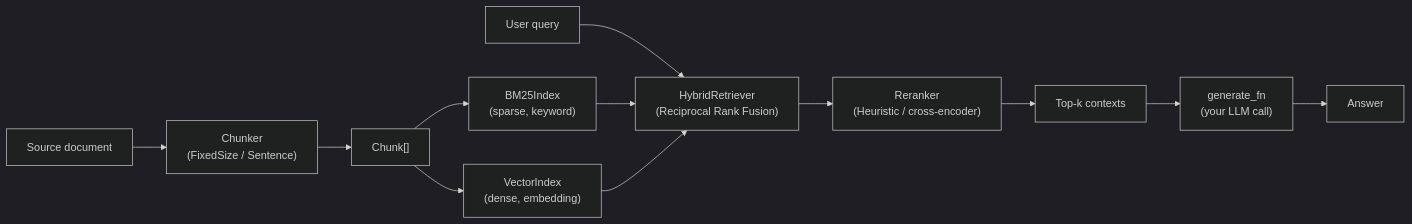
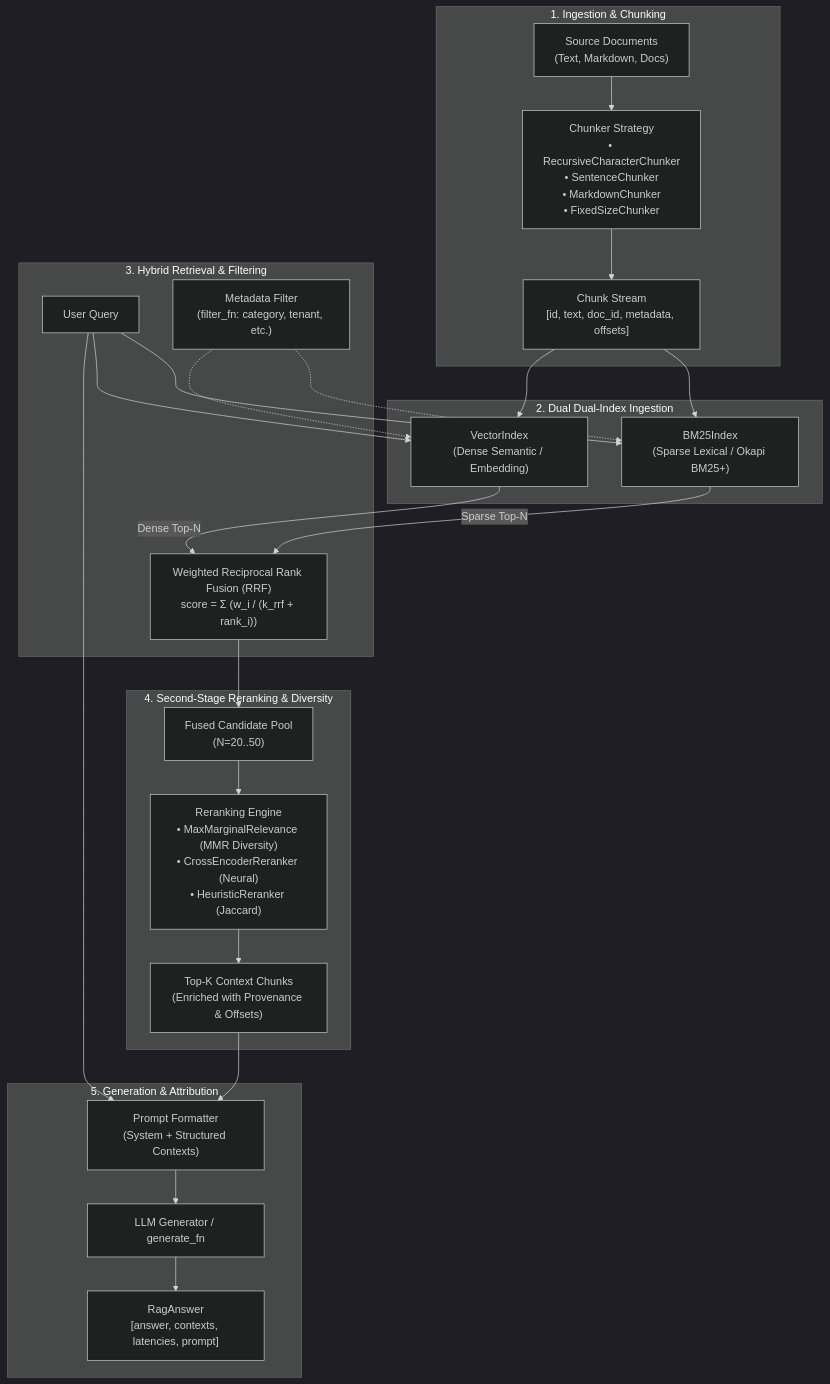
Before and after one commit to fragompul/ragforge: the first of 2 diagrams in docs/architecture.md, drawn with Mermaid (dark theme). The commit also changed other lines of this file and 3 other files, not shown here.

Commit message:
docs: overhaul readme and architecture guide with portfolio presentation and ci matrix

````diff
--- a/docs/architecture.md
+++ b/docs/architecture.md
@@ -5,15 +9,44 @@
 ```mermaid
-flowchart LR
-    Doc["Source document"] --> Chunker["Chunker\n(FixedSize / Sentence)"]
-    Chunker --> Chunks["Chunk[]"]
-    Chunks --> BM25["BM25Index\n(sparse, keyword)"]
-    Chunks --> Vector["VectorIndex\n(dense, embedding)"]
+flowchart TD
+    subgraph Ingestion["1. Ingestion & Chunking"]
+        RawDocs["Source Documents\n(Text, Markdown, Docs)"]
+        Chunker["Chunker Strategy\n• RecursiveCharacterChunker\n• SentenceChunker\n• MarkdownChunker\n• FixedSizeChunker"]
+        Chunks["Chunk Stream\n[id, text, doc_id, metadata, offsets]"]
+        RawDocs --> Chunker --> Chunks
+    end
 
-    Query["User query"] --> Hybrid["HybridRetriever\n(Reciprocal Rank Fusion)"]
-    BM25 --> Hybrid
-    Vector --> Hybrid
-    Hybrid --> Rerank["Reranker\n(Heuristic / cross-encoder)"]
-    Rerank --> Contexts["Top-k contexts"]
-    Contexts --> Generate["generate_fn\n(your LLM call)"]
-    Generate --> Answer["Answer"]
+    subgraph Indexing["2. Dual Dual-Index Ingestion"]
+        BM25["BM25Index\n(Sparse Lexical / Okapi BM25+)"]
+        Vector["VectorIndex\n(Dense Semantic / Embedding)"]
+        Chunks --> BM25
+        Chunks --> Vector
+    end
+
+    subgraph Retrieval["3. Hybrid Retrieval & Filtering"]
+        Query["User Query"]
+        Filter["Metadata Filter\n(filter_fn: category, tenant, etc.)"]
+        RRF["Weighted Reciprocal Rank Fusion (RRF)\nscore = Σ (w_i / (k_rrf + rank_i))"]
+        Query --> BM25
+        Query --> Vector
+        Filter -.-> BM25
+        Filter -.-> Vector
+        BM25 -->|Sparse Top-N| RRF
+        Vector -->|Dense Top-N| RRF
+    end
+
+    subgraph Reranking["4. Second-Stage Reranking & Diversity"]
+        Candidates["Fused Candidate Pool\n(N=20..50)"]
+        Reranker["Reranking Engine\n• MaxMarginalRelevance (MMR Diversity)\n• CrossEncoderReranker (Neural)\n• HeuristicReranker (Jaccard)"]
+        TopK["Top-K Context Chunks\n(Enriched with Provenance & Offsets)"]
+        RRF --> Candidates --> Reranker --> TopK
+    end
+
+    subgraph Generation["5. Generation & Attribution"]
+        PromptFormatter["Prompt Formatter\n(System + Structured Contexts)"]
+        LLM["LLM Generator / generate_fn"]
+        Answer["RagAnswer\n[answer, contexts, latencies, prompt]"]
+        TopK --> PromptFormatter
+        Query --> PromptFormatter
+        PromptFormatter --> LLM --> Answer
+    end
 ```
````
